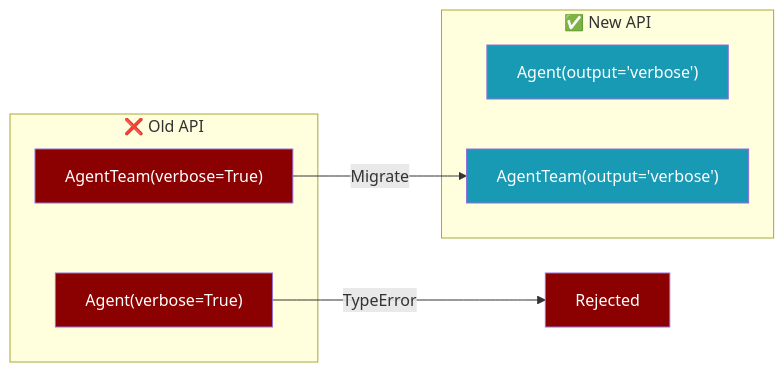
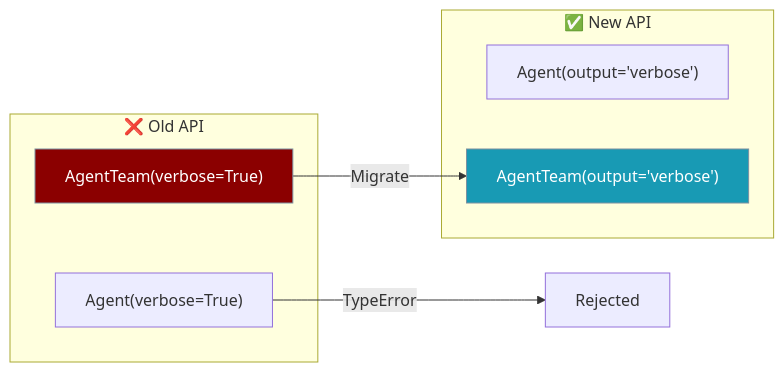
One commit to MervinPraison/PraisonAIDocs changed the third of 3 diagrams in docs/features/migrate.mdx. Above: the diagram before and after it, drawn with Mermaid. The commit also changed other lines of this file and 19 other files, not shown here.

First line of the commit message:
docs: fix remaining style→classDef in secondary diagrams (PR #1384 follow-up)

````diff
--- a/docs/features/migrate.mdx
+++ b/docs/features/migrate.mdx
@@ -250,21 +246,20 @@
 ```mermaid
 flowchart LR
     subgraph Old["❌ Old API"]
         A["Agent(verbose=True)"]
         B["AgentTeam(verbose=True)"]
     end
     
     subgraph New["✅ New API"]
         C["Agent(output='verbose')"]
         D["AgentTeam(output='verbose')"]
     end
     
     A -->|"TypeError"| X[Rejected]
     B -->|"Migrate"| D
     
-    style A fill:#8B0000,color:#fff
-    style B fill:#8B0000,color:#fff
-    style C fill:#189AB4,color:#fff
-    style D fill:#189AB4,color:#fff
-    style X fill:#8B0000,color:#fff
+    classDef old fill:#8B0000,stroke:#7C90A0,color:#fff
+    classDef new fill:#189AB4,stroke:#7C90A0,color:#fff
+    class B old
+    class D new
 ```
````
